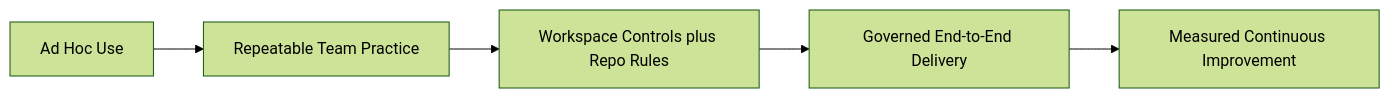
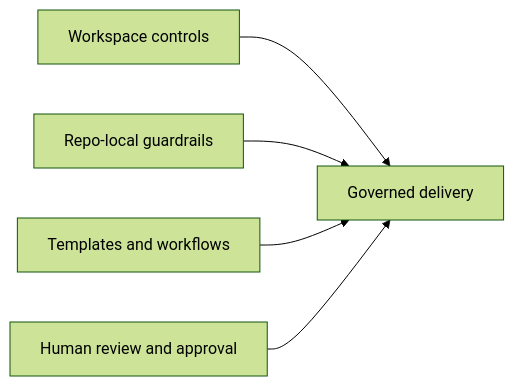
The seventh of 12 diagrams in creolytix-ai-delivery-operating-model.md (refat-asadullah-creolytix-dev/refat-asadullah-creolytix-dev), drawn with Mermaid (forest theme) before and after one commit. The commit also changed other lines of this file, not shown here.

First line of the commit message:
Revise AI delivery model for adaptability and governance

````diff
--- a/creolytix-ai-delivery-operating-model.md
+++ b/creolytix-ai-delivery-operating-model.md
@@ -239,7 +189,7 @@
 ```mermaid
 flowchart LR
-    A[Ad Hoc Use] --> B[Repeatable Team Practice]
-    B --> C[Workspace Controls plus Repo Rules]
-    C --> D[Governed End-to-End Delivery]
-    D --> E[Measured Continuous Improvement]
+    A[Workspace controls] --> E[Governed delivery]
+    B[Repo-local guardrails] --> E
+    C[Templates and workflows] --> E
+    D[Human review and approval] --> E
 ```
````
